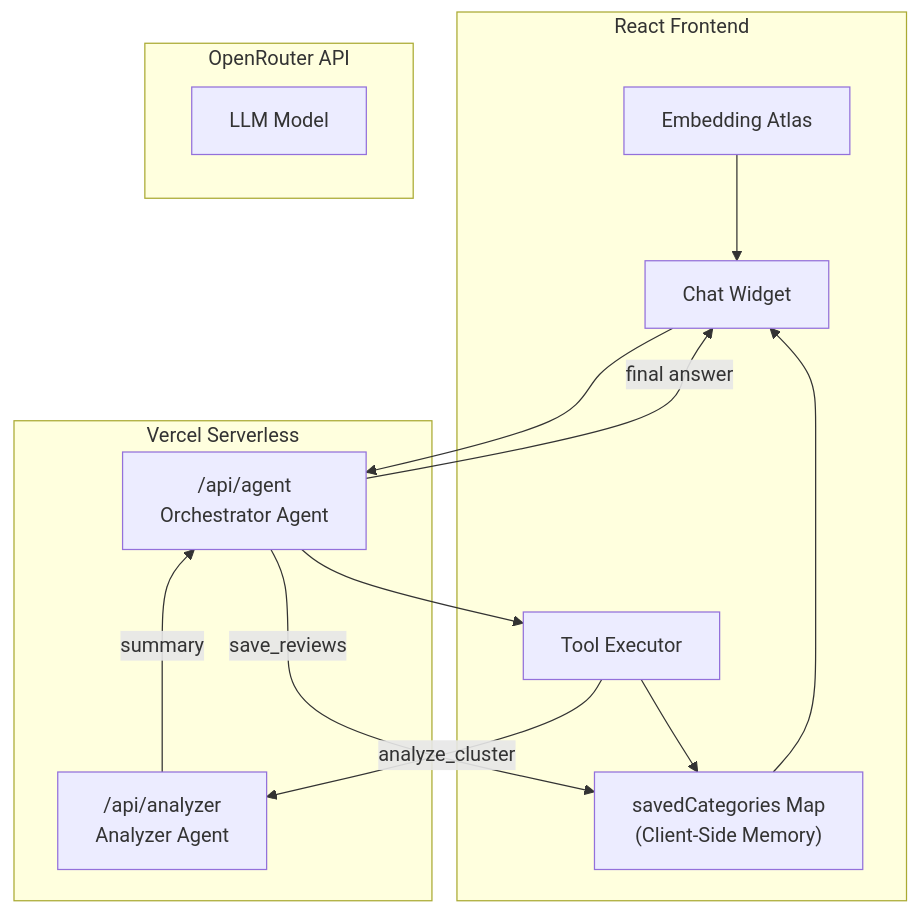
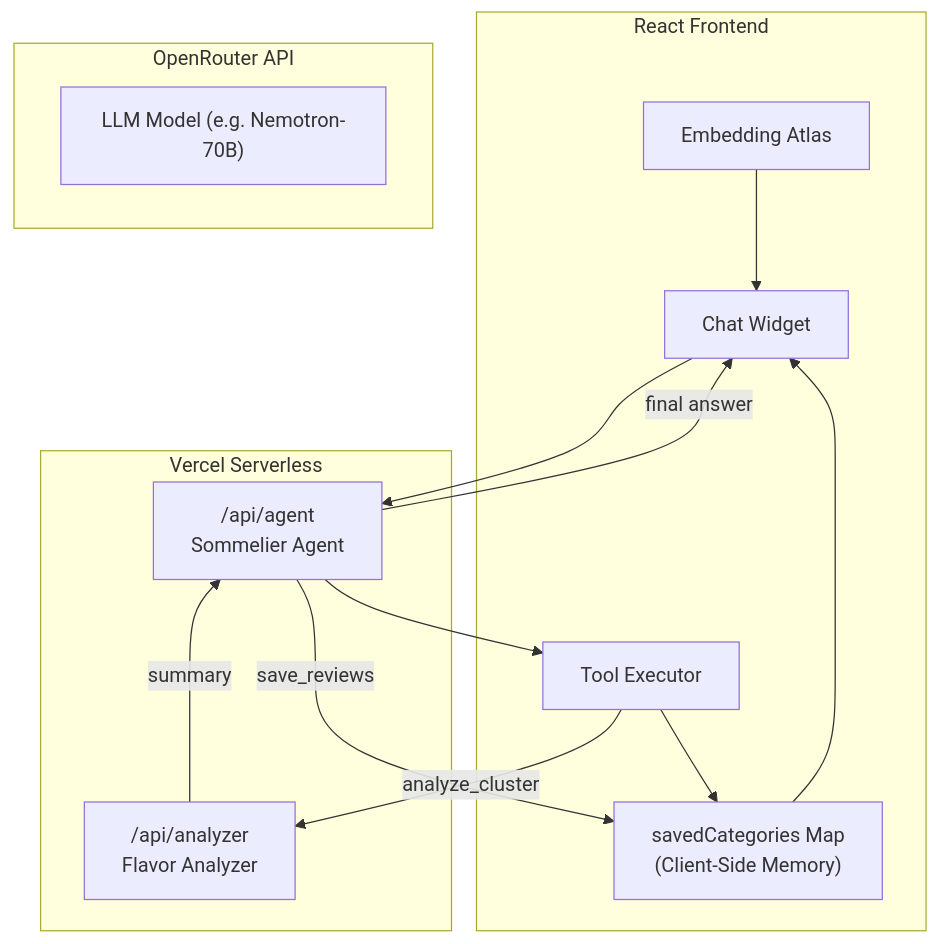
The diagram in README.md (dataelvisliang/Embedding-Atlas-Agent), drawn with Mermaid before and after one commit. The commit also changed other lines of this file, not shown here.

Commit message:
Update README to reflect Wine Sommelier Agent

````diff
--- a/README.md
+++ b/README.md
@@ -33,29 +29,29 @@
 ```mermaid
 flowchart TB
     subgraph Frontend["React Frontend"]
         Atlas["Embedding Atlas"]
         Chat["Chat Widget"]
         Memory["savedCategories Map<br/>(Client-Side Memory)"]
         Tools["Tool Executor"]
 
         Atlas --> Chat
         Tools --> Memory
         Memory --> Chat
     end
 
     subgraph Backend["Vercel Serverless"]
-        Orchestrator["/api/agent<br/>Orchestrator Agent"]
-        Analyzer["/api/analyzer<br/>Analyzer Agent"]
+        Orchestrator["/api/agent<br/>Sommelier Agent"]
+        Analyzer["/api/analyzer<br/>Flavor Analyzer"]
     end
 
     subgraph LLM["OpenRouter API"]
-        Model["LLM Model"]
+        Model["LLM Model (e.g. Nemotron-70B)"]
     end
 
     Chat --> Orchestrator
     Orchestrator --> Tools
     Tools -->|"analyze_cluster"| Analyzer
     Analyzer -->|"summary"| Orchestrator
     Orchestrator -->|"save_reviews"| Memory
     Orchestrator -->|"final answer"| Chat
 ```
````
